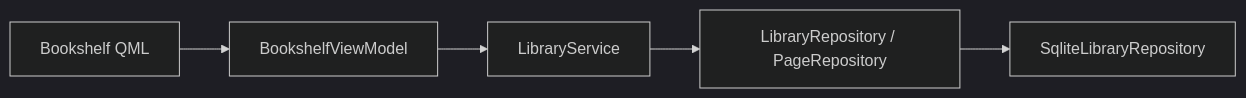
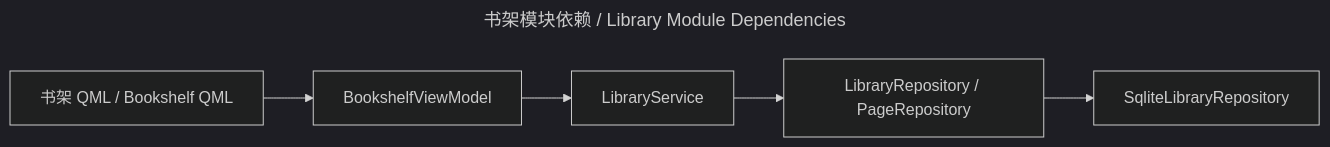
One commit to peakwheat-pixel/New-Manga changed the diagram in wiki/codewiki/library.md. Above: the diagram before and after it, drawn with Mermaid (dark theme). The commit also changed 16 other files, not shown here.

Commit message:
docs: apply bilingual diagram policy to CodeWiki diagrams

````diff
--- a/wiki/codewiki/library.md
+++ b/wiki/codewiki/library.md
@@ -35,7 +35,10 @@
 ```mermaid
+---
+title: 书架模块依赖 / Library Module Dependencies
+---
 flowchart LR
-    QML["Bookshelf QML"] --> VM["BookshelfViewModel"]
+    QML["书架 QML / Bookshelf QML"] --> VM["BookshelfViewModel"]
     VM --> SERVICE["LibraryService"]
     SERVICE --> PORT["LibraryRepository / PageRepository"]
     PORT --> SQLITE["SqliteLibraryRepository"]
 ```
````
